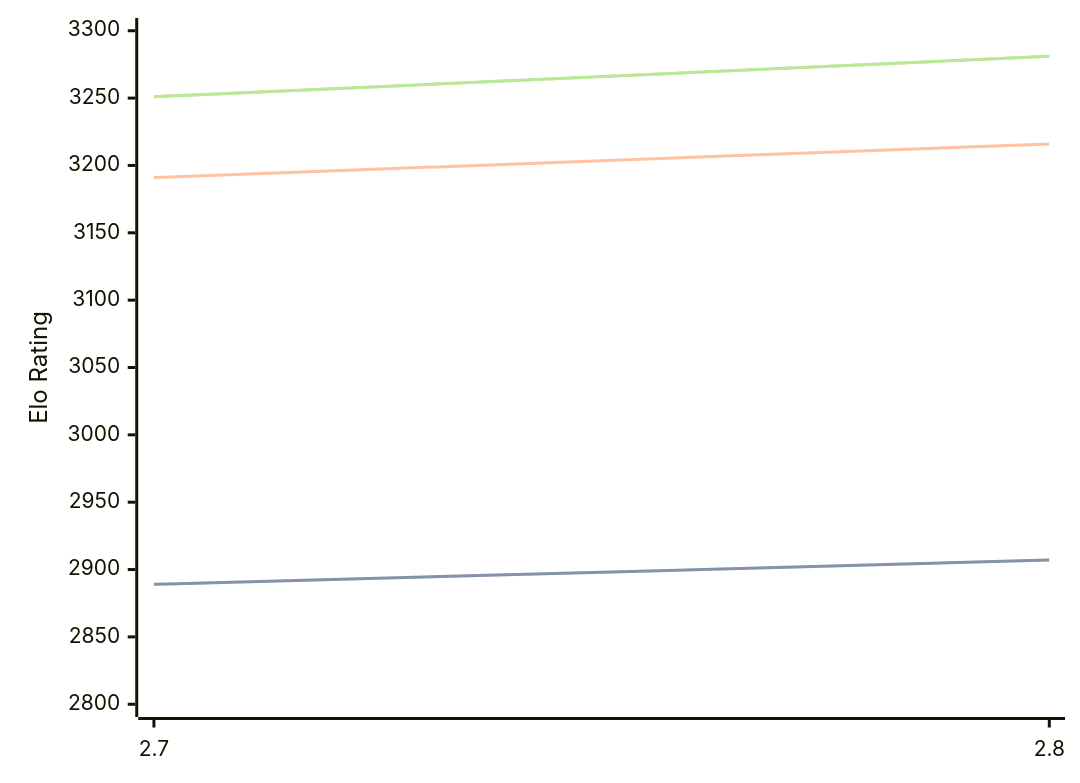
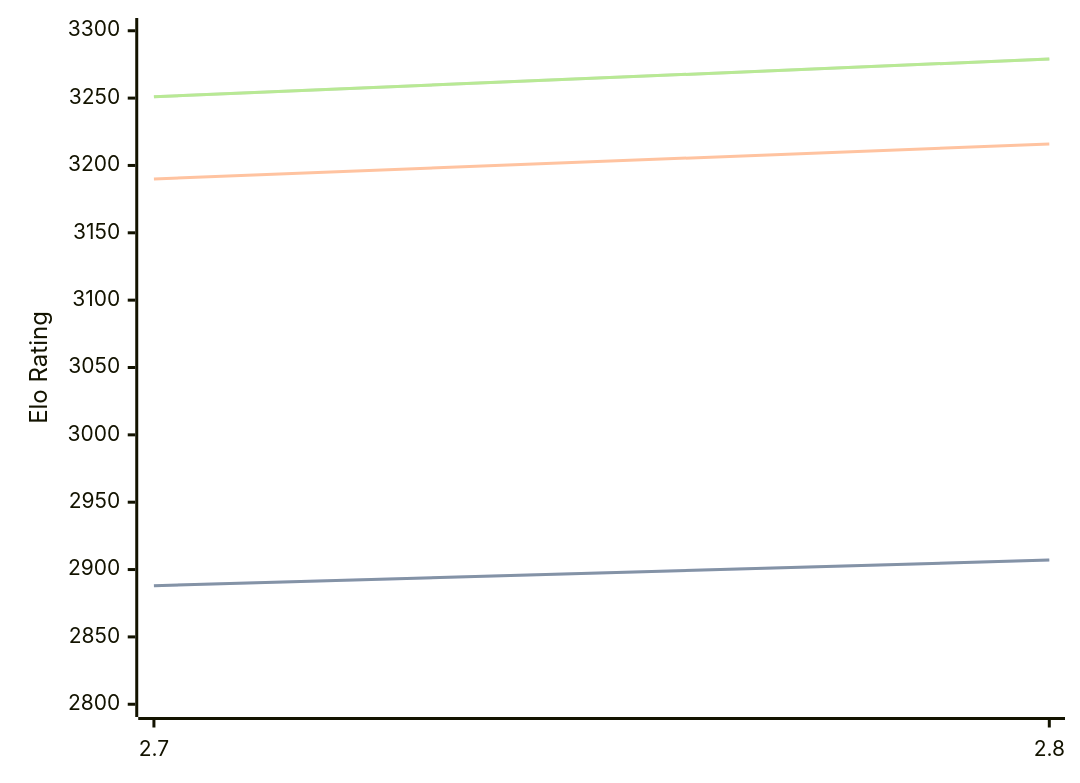
One commit to computer-chess-index/cci changed the diagram in engines/Arcanum.md. Above: the diagram before and after it, drawn with Mermaid. The commit also changed other lines of this file, not shown here.

Commit message:
Update CCI Ratings (ELO VLTC) - 2026-07-28

````diff
--- a/engines/Arcanum.md
+++ b/engines/Arcanum.md
@@ -44,11 +44,11 @@
 ```mermaid
 %%{init: {"theme":"base","themeVariables":{"seriesColors:['#a3a3a3','#222221','#faa371']}}}%%
 xychart-beta
   x-axis ["2.7", "2.8"]
   y-axis "Elo Rating" 2800 --> 3300
-  line "STC (8.0+0.08s)" [2889, 2907]
-  line "STC (8.0+0.08s)" [2889, 2907]
-  line "LTC (60.0+0.60s)" [3191, 3216]
-  line "VLTC (2m24s+1.12s)" [3251, 3281]
-  line "VLTC (2m24s+1.12s)" [3251, 3281]
+  line "STC (8.0+0.08s)" [2888, 2907]
+  line "STC (8.0+0.08s)" [2888, 2907]
+  line "LTC (60.0+0.60s)" [3190, 3216]
+  line "VLTC (2m24s+1.12s)" [3251, 3279]
+  line "VLTC (2m24s+1.12s)" [3251, 3279]
 ```
````
